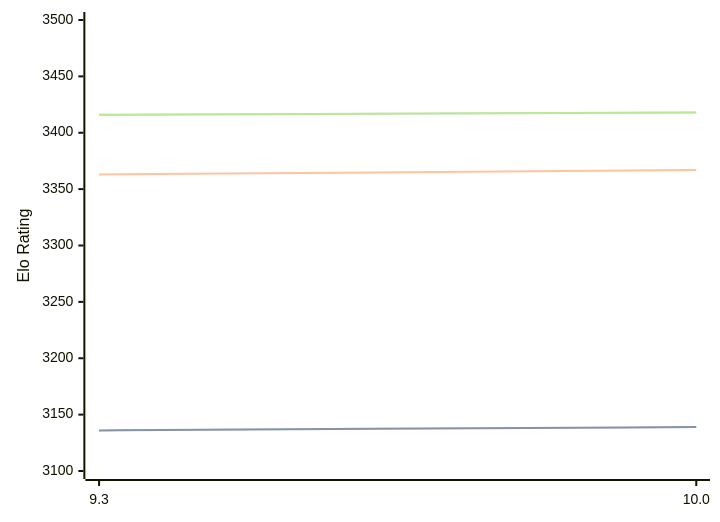
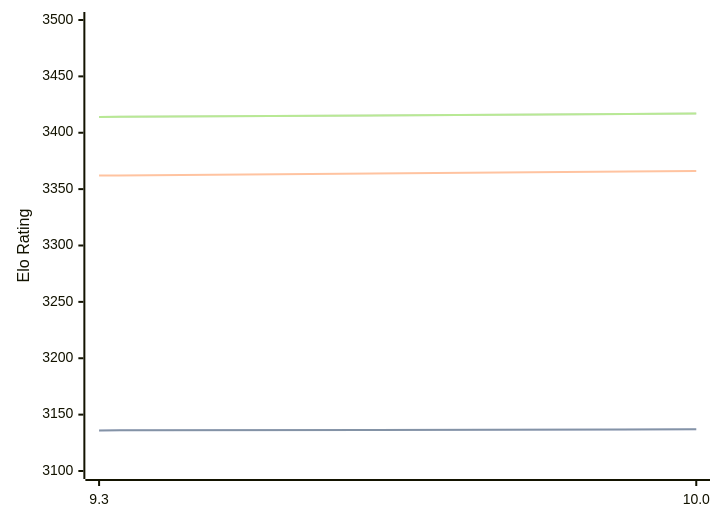
One commit to computer-chess-index/cci changed the diagram in engines/Fire.md. Above: the diagram before and after it, drawn with Mermaid. The commit also changed other lines of this file, not shown here.

Commit message:
Update CCI Ratings (ELO VLTC) - 2026-08-04

````diff
--- a/engines/Fire.md
+++ b/engines/Fire.md
@@ -47,11 +47,11 @@
 ```mermaid
 %%{init: {"theme":"base","themeVariables":{"seriesColors:['#a3a3a3','#222221','#faa371']}}}%%
 xychart-beta
   x-axis ["9.3", "10.0"]
   y-axis "Elo Rating" 3100 --> 3500
-  line "STC (8.0+0.08s)" [3136, 3139]
-  line "STC (8.0+0.08s)" [3136, 3139]
-  line "LTC (60.0+0.60s)" [3363, 3367]
-  line "VLTC (2m24s+1.12s)" [3416, 3418]
-  line "VLTC (2m24s+1.12s)" [3416, 3418]
+  line "STC (8.0+0.08s)" [3136, 3137]
+  line "STC (8.0+0.08s)" [3136, 3137]
+  line "LTC (60.0+0.60s)" [3362, 3366]
+  line "VLTC (2m24s+1.12s)" [3414, 3417]
+  line "VLTC (2m24s+1.12s)" [3414, 3417]
 ```
````
